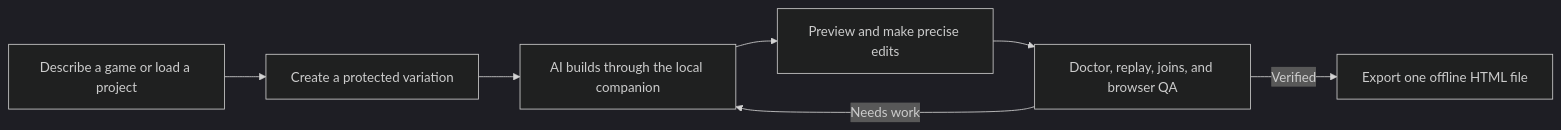
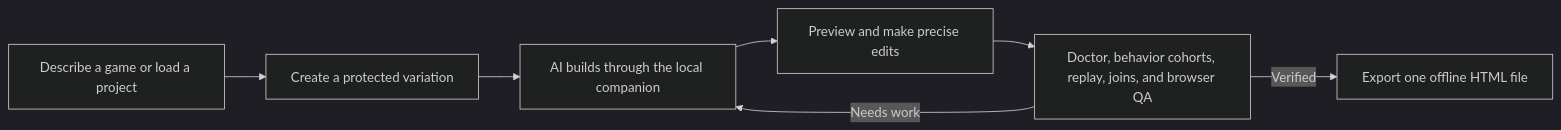
Before and after one commit to PandaCatz/Panda-s-HTMl-2D-2.5D-Game-Builder: the diagram in README.md, drawn with Mermaid (dark theme). The commit also changed other lines of this file and 68 other files, not shown here.

````diff
--- a/README.md
+++ b/README.md
@@ -51,9 +52,9 @@
 ```mermaid
 flowchart LR
     A["Describe a game or load a project"] --> B["Create a protected variation"]
     B --> C["AI builds through the local companion"]
     C --> D["Preview and make precise edits"]
-    D --> E["Doctor, replay, joins, and browser QA"]
+    D --> E["Doctor, behavior cohorts, replay, joins, and browser QA"]
     E -->|"Needs work"| C
     E -->|"Verified"| F["Export one offline HTML file"]
 ```
````
